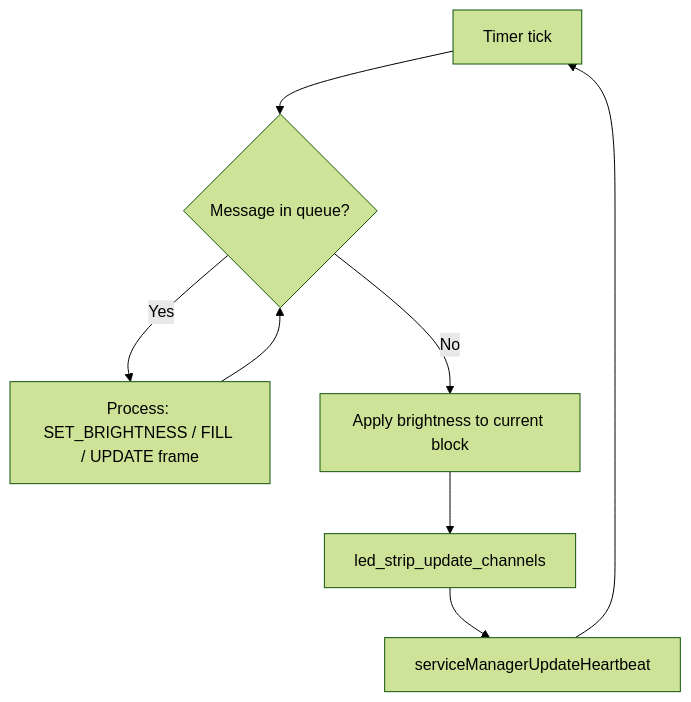
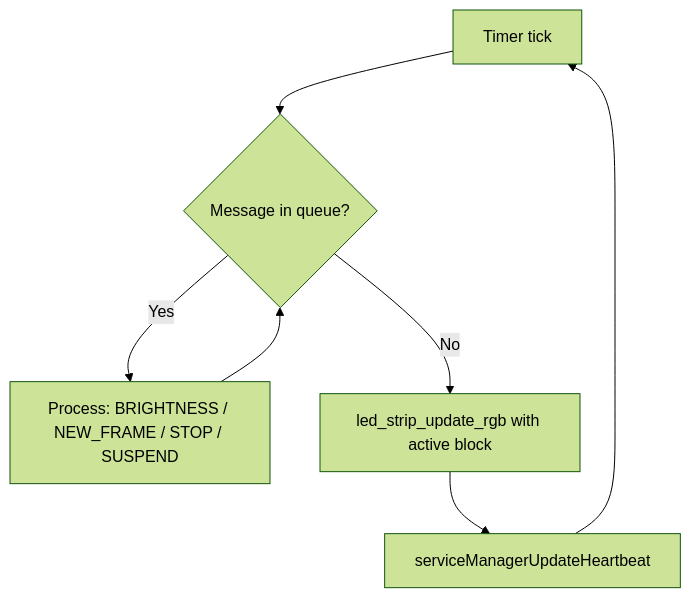
Before and after one commit to Electronya/embedded-services: the first of 2 diagrams in src/ledStrip/README.md, drawn with Mermaid (forest theme). The commit also changed other lines of this file and 2 other files, not shown here.

Commit message:
updating/finalizing ledStrip service documentation

````diff
--- a/src/ledStrip/README.md
+++ b/src/ledStrip/README.md
@@ -96,10 +73,9 @@
 ```mermaid
 flowchart TD
     A[Timer tick] --> B{Message in queue?}
-    B -- Yes --> C[Process: SET_BRIGHTNESS / FILL / UPDATE frame]
+    B -- Yes --> C[Process: BRIGHTNESS / NEW_FRAME / STOP / SUSPEND]
     C --> B
-    B -- No --> D[Apply brightness to current block]
-    D --> E[led_strip_update_channels]
-    E --> F[serviceManagerUpdateHeartbeat]
-    F --> A
+    B -- No --> D[led_strip_update_rgb with active block]
+    D --> E[serviceManagerUpdateHeartbeat]
+    E --> A
 ```
````
